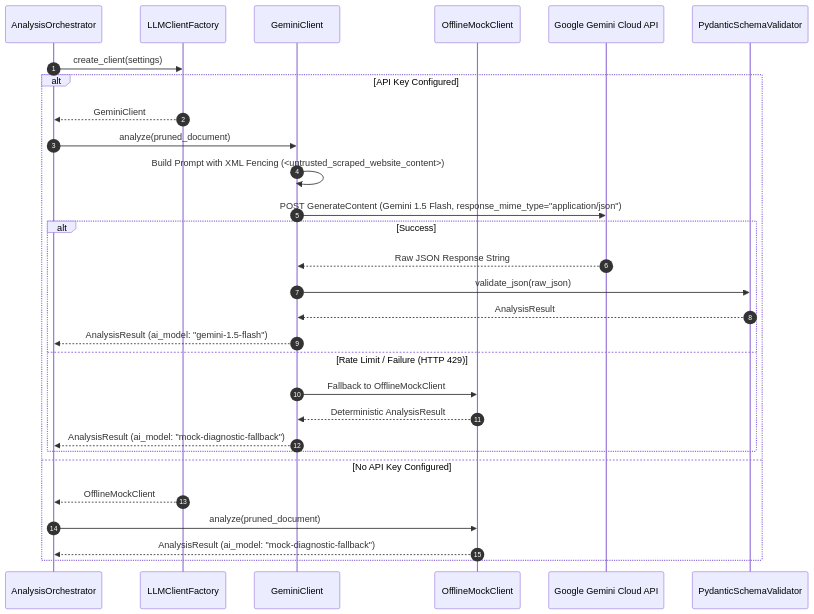
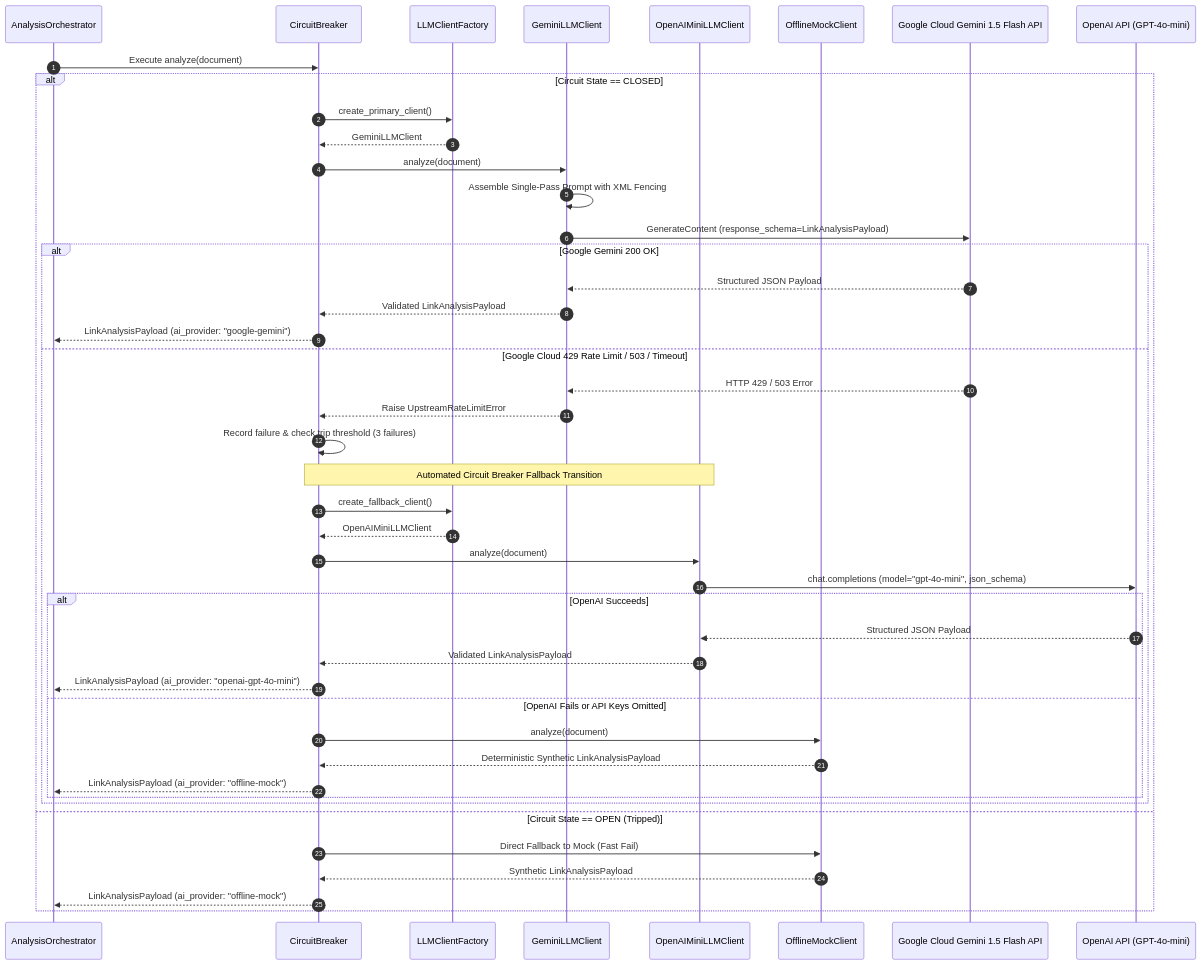
Before and after one commit to piyushmakhija28/ai-link-analysis: the diagram in uml/07-sequence-diagram-llm-extraction.md, drawn with Mermaid. The commit also changed other lines of this file and 21 other files, not shown here.

````diff
--- a/uml/07-sequence-diagram-llm-extraction.md
+++ b/uml/07-sequence-diagram-llm-extraction.md
@@ -3,32 +3,52 @@
 ```mermaid
 sequenceDiagram
     autonumber
     participant Orch as AnalysisOrchestrator
+    participant CB as CircuitBreaker
     participant Factory as LLMClientFactory
-    participant Gemini as GeminiClient
+    participant Gemini as GeminiLLMClient
+    participant OpenAI as OpenAIMiniLLMClient
     participant Mock as OfflineMockClient
-    participant Cloud as Google Gemini Cloud API
-    participant Validator as PydanticSchemaValidator
+    participant GoogleCloud as Google Cloud Gemini 1.5 Flash API
+    participant OpenAICloud as OpenAI API (GPT-4o-mini)
 
-    Orch->>Factory: create_client(settings)
-    alt API Key Configured
-        Factory-->>Orch: GeminiClient
-        Orch->>Gemini: analyze(pruned_document)
-        Gemini->>Gemini: Build Prompt with XML Fencing (<untrusted_scraped_website_content>)
-        Gemini->>Cloud: POST GenerateContent (Gemini 1.5 Flash, response_mime_type="application/json")
-        alt Success
-            Cloud-->>Gemini: Raw JSON Response String
-            Gemini->>Validator: validate_json(raw_json)
-            Validator-->>Gemini: AnalysisResult
-            Gemini-->>Orch: AnalysisResult (ai_model: "gemini-1.5-flash")
-        else Rate Limit / Failure (HTTP 429)
-            Gemini->>Mock: Fallback to OfflineMockClient
-            Mock-->>Gemini: Deterministic AnalysisResult
-            Gemini-->>Orch: AnalysisResult (ai_model: "mock-diagnostic-fallback")
+    Orch->>CB: Execute analyze(document)
+    
+    alt Circuit State == CLOSED
+        CB->>Factory: create_primary_client()
+        Factory-->>CB: GeminiLLMClient
+        CB->>Gemini: analyze(document)
+        Gemini->>Gemini: Assemble Single-Pass Prompt with XML Fencing
+        Gemini->>GoogleCloud: GenerateContent (response_schema=LinkAnalysisPayload)
+        
+        alt Google Gemini 200 OK
+            GoogleCloud-->>Gemini: Structured JSON Payload
+            Gemini-->>CB: Validated LinkAnalysisPayload
+            CB-->>Orch: LinkAnalysisPayload (ai_provider: "google-gemini")
+        else Google Cloud 429 Rate Limit / 503 / Timeout
+            GoogleCloud-->>Gemini: HTTP 429 / 503 Error
+            Gemini-->>CB: Raise UpstreamRateLimitError
+            CB->>CB: Record failure & check trip threshold (3 failures)
+            
+            Note over CB,OpenAI: Automated Circuit Breaker Fallback Transition
+            CB->>Factory: create_fallback_client()
+            Factory-->>CB: OpenAIMiniLLMClient
+            CB->>OpenAI: analyze(document)
+            OpenAI->>OpenAICloud: chat.completions (model="gpt-4o-mini", json_schema)
+            
+            alt OpenAI Succeeds
+                OpenAICloud-->>OpenAI: Structured JSON Payload
+                OpenAI-->>CB: Validated LinkAnalysisPayload
+                CB-->>Orch: LinkAnalysisPayload (ai_provider: "openai-gpt-4o-mini")
+            else OpenAI Fails or API Keys Omitted
+                CB->>Mock: analyze(document)
+                Mock-->>CB: Deterministic Synthetic LinkAnalysisPayload
+                CB-->>Orch: LinkAnalysisPayload (ai_provider: "offline-mock")
+            end
         end
-    else No API Key Configured
-        Factory-->>Orch: OfflineMockClient
-        Orch->>Mock: analyze(pruned_document)
-        Mock-->>Orch: AnalysisResult (ai_model: "mock-diagnostic-fallback")
+    else Circuit State == OPEN (Tripped)
+        CB->>Mock: Direct Fallback to Mock (Fast Fail)
+        Mock-->>CB: Synthetic LinkAnalysisPayload
+        CB-->>Orch: LinkAnalysisPayload (ai_provider: "offline-mock")
     end
 ```
````
